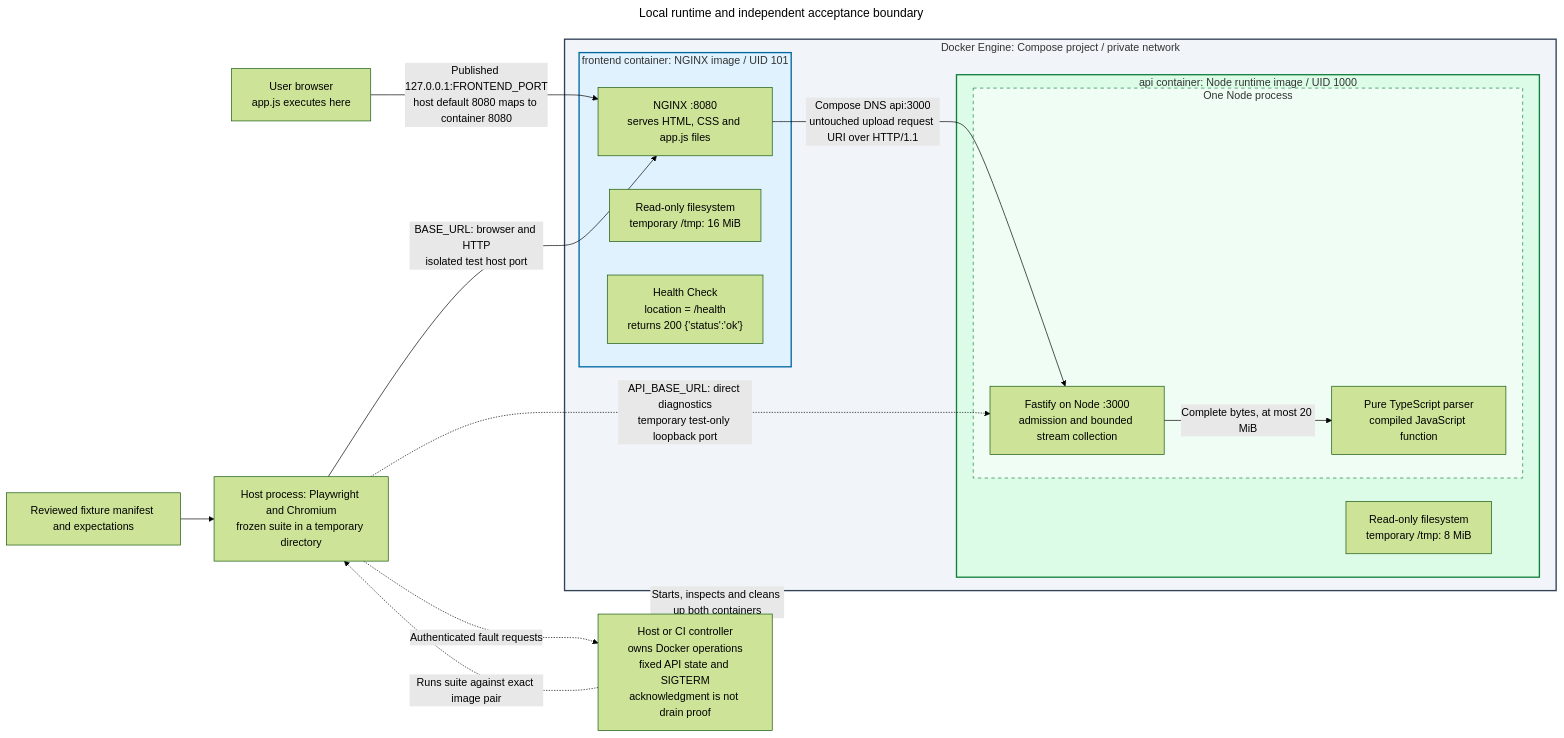
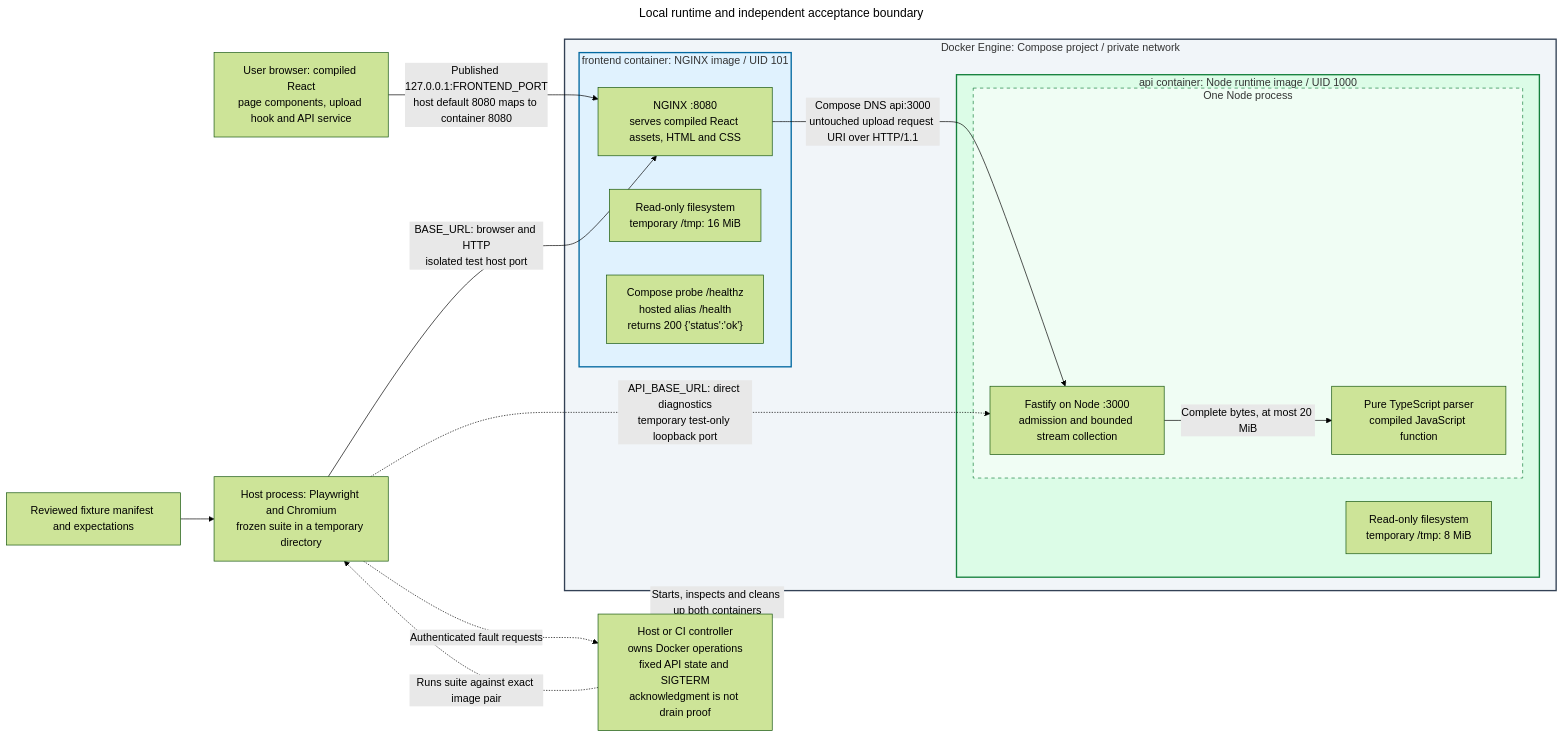
The diagram in docs/architecture/diagrams/runtime.mmd (brobro10000/mp3-frame-counter), drawn with Mermaid (forest theme) before and after one commit. The commit also changed 1 other file, not shown here.

Commit message:
docs(architecture): retain React runtime and informational cloud pause

```diff
--- a/docs/architecture/diagrams/runtime.mmd
+++ b/docs/architecture/diagrams/runtime.mmd
@@ -1,67 +1,67 @@
 ---
 title: Local runtime and independent acceptance boundary
 query: >-
   Show Docker wrapping exactly two independently built application images as
   Compose containers. Nest NGINX and its static assets inside the frontend
   container, and Fastify transport plus parser inside one Node process in the
   API container. Put both containers inside Docker's Compose network. Keep
   browser React page components, useMp3Analysis business state and the raw API
   service outside Docker, with the host controller and extracted Playwright
   runner also outside Docker. App.tsx composes the page; Vite builds static
   assets. Distinguish published loopback host port from internal frontend port
   8080 and private API port 3000, with a separate test-only loopback binding for
   direct API diagnostics. Show source-defined runtime users, read-only
   filesystems, temporary mounts and bounded in-process parsing. Do not imply a
   third parser/test container, Node frontend runtime or cloud deployment. Keep
   fixed API lifecycle readback and SIGTERM inside the host controller; command
   acknowledgment does not prove graceful drain.
 references:
   - 'File: /compose.yaml'
   - 'File: /frontend/Dockerfile'
   - 'File: /frontend/src/App.tsx'
   - 'File: /frontend/src/main.tsx'
   - 'File: /frontend/src/hooks/useMp3Analysis.ts'
   - 'File: /frontend/src/services/mp3Analysis.ts'
   - 'File: /frontend/src/services/response.ts'
   - 'File: /frontend/src/types/analysis.ts'
   - 'File: /frontend/src/components/UploadForm.tsx'
   - 'File: /frontend/src/components/AnalysisResult.tsx'
   - 'File: /frontend/vite.config.ts'
   - 'File: /package.json'
   - 'File: /frontend/nginx.conf.template'
   - 'File: /server/Dockerfile'
   - 'File: /server/src/http.ts'
   - 'File: /server/src/mp3.ts'
   - 'File: /scripts/run-e2e.mjs'
   - 'File: /scripts/e2e-controller.mjs'
 generationTime: '2026-10-11T14:49:05.328Z'
 ---
 flowchart LR
-    B["User browser<br/>app.js executes here"]
+    B["User browser: compiled React<br/>page components, upload hook and API service"]
     subgraph DOCKER["Docker Engine: Compose project / private network"]
         subgraph FRONT["frontend container: NGINX image / UID 101"]
-            F["NGINX :8080<br/>serves HTML, CSS and app.js files"]
+            F["NGINX :8080<br/>serves compiled React assets, HTML and CSS"]
             FS["Read-only filesystem<br/>temporary /tmp: 16 MiB"]
-            H["Health Check<br/>location = /health<br/>returns 200 {'status':'ok'}"]
+            H["Compose probe /healthz<br/>hosted alias /health<br/>returns 200 {'status':'ok'}"]
         end
         subgraph BACK["api container: Node runtime image / UID 1000"]
             subgraph NODE["One Node process"]
                 A["Fastify on Node :3000<br/>admission and bounded stream collection"]
                 P["Pure TypeScript parser<br/>compiled JavaScript function"]
                 A -->|"Complete bytes, at most 20 MiB"| P
             end
             AS["Read-only filesystem<br/>temporary /tmp: 8 MiB"]
         end
         F -->|"Compose DNS api:3000<br/>untouched upload request URI over HTTP/1.1"| A
     end
     B -->|"Published 127.0.0.1:FRONTEND_PORT<br/>host default 8080 maps to container 8080"| F
     T["Host process: Playwright and Chromium<br/>frozen suite in a temporary directory"] -->|"BASE_URL: browser and HTTP<br/>isolated test host port"| F
     T -.->|"API_BASE_URL: direct diagnostics<br/>temporary test-only loopback port"| A
     O["Reviewed fixture manifest and expectations"] --> T
     C["Host or CI controller<br/>owns Docker operations<br/>fixed API state and SIGTERM<br/>acknowledgment is not drain proof"] -.->|"Starts, inspects and cleans up both containers"| DOCKER
     C -.->|"Runs suite against exact image pair"| T
     T -.->|"Authenticated fault requests"| C
     style DOCKER fill:#f1f5f9,stroke:#334155,stroke-width:2px
     style FRONT fill:#e0f2fe,stroke:#0369a1,stroke-width:2px
     style BACK fill:#dcfce7,stroke:#15803d,stroke-width:2px
     style NODE fill:#f0fdf4,stroke:#15803d,stroke-dasharray:5 5
```
